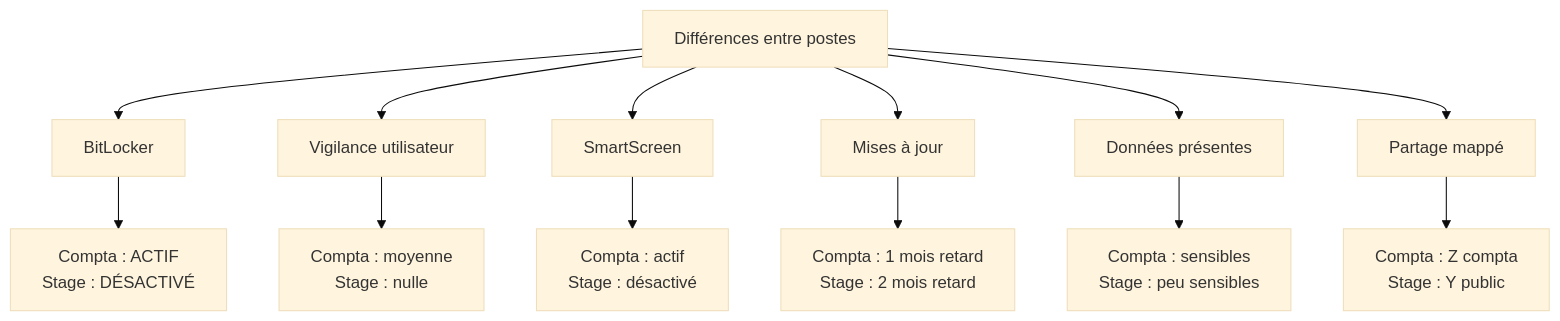
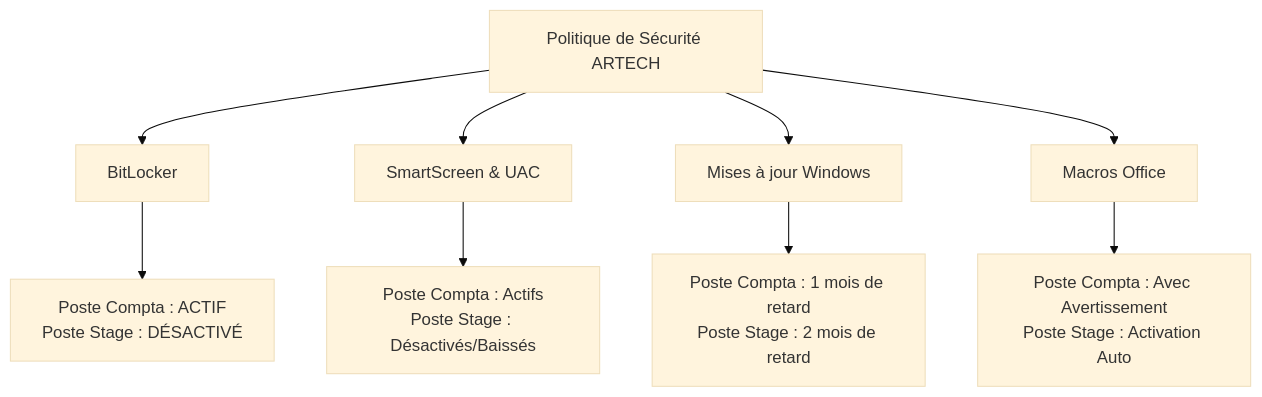
Before and after one commit to zyrass/omnydocs: the first of 2 diagrams in docs/cursus-forensic/01-cycle-0-fondations/module-3-configuration-laboratoire/09-windows11-poste-stagiaire.md, drawn with Mermaid (base theme). The commit also changed other lines of this file and 171 other files, not shown here.

````diff
--- a/docs/cursus-forensic/01-cycle-0-fondations/module-3-configuration-laboratoire/09-windows11-poste-stagiaire.md
+++ b/docs/cursus-forensic/01-cycle-0-fondations/module-3-configuration-laboratoire/09-windows11-poste-stagiaire.md
@@ -83,16 +74,12 @@
 ```mermaid
 flowchart TB
-    A[Différences entre postes] --> B[BitLocker]
-    A --> C[Vigilance utilisateur]
-    A --> D[SmartScreen]
-    A --> E[Mises à jour]
-    A --> F[Données présentes]
-    A --> G[Partage mappé]
+    A["Politique de Sécurité ARTECH"] --> B["BitLocker"]
+    A --> C["SmartScreen & UAC"]
+    A --> D["Mises à jour Windows"]
+    A --> E["Macros Office"]
 
-    B --> B1[Compta : ACTIF<br>Stage : DÉSACTIVÉ]
-    C --> C1[Compta : moyenne<br>Stage : nulle]
-    D --> D1[Compta : actif<br>Stage : désactivé]
-    E --> E1[Compta : 1 mois retard<br>Stage : 2 mois retard]
-    F --> F1[Compta : sensibles<br>Stage : peu sensibles]
-    G --> G1[Compta : Z compta<br>Stage : Y public]
+    B --> B1["Poste Compta : ACTIF<br>Poste Stage : DÉSACTIVÉ"]
+    C --> C1["Poste Compta : Actifs<br>Poste Stage : Désactivés/Baissés"]
+    D --> D1["Poste Compta : 1 mois de retard<br>Poste Stage : 2 mois de retard"]
+    E --> E1["Poste Compta : Avec Avertissement<br>Poste Stage : Activation Auto"]
 ```
````
